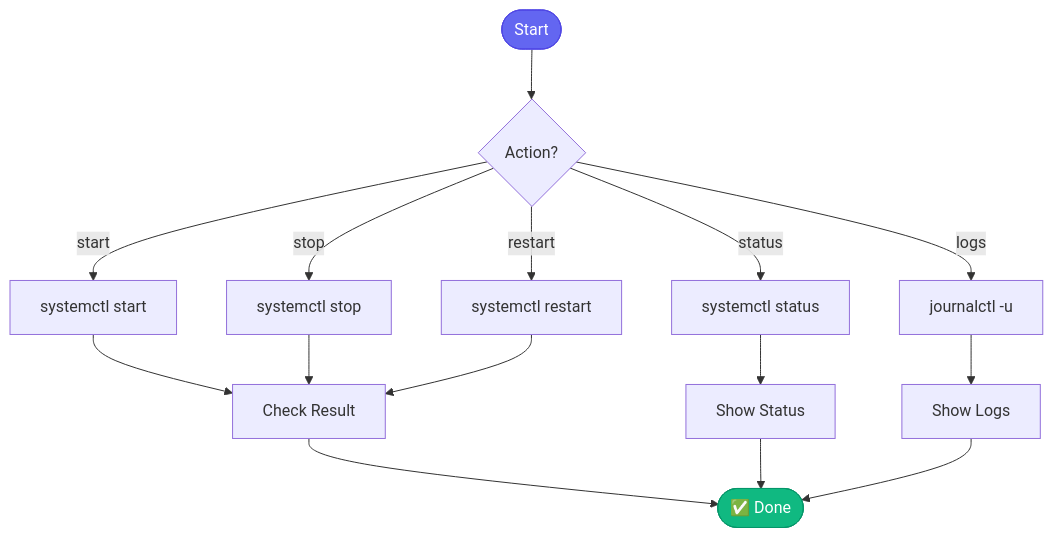
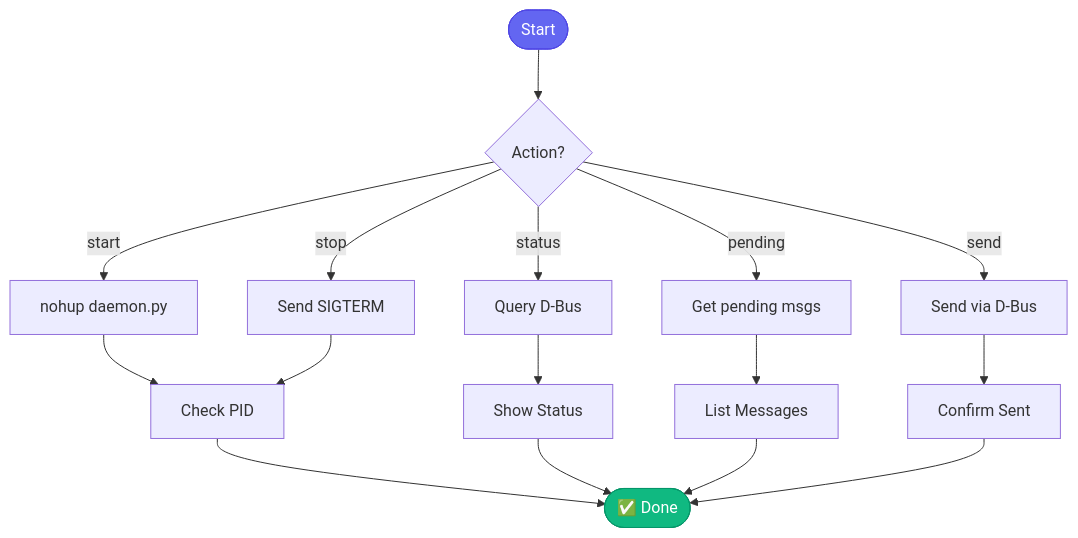
The diagram in docs/skills/slack_daemon_control.md (dmzoneill/redhat-ai-workflow), drawn with Mermaid before and after one commit. The commit also changed other lines of this file and 35 other files, not shown here.

First line of the commit message:
fix(slack-bot): Fix alert detection, investigation, and response flow

````diff
--- a/docs/skills/slack_daemon_control.md
+++ b/docs/skills/slack_daemon_control.md
@@ -34,23 +45,24 @@
 ```mermaid
 flowchart TD
     START([Start]) --> ACTION{Action?}
 
-    ACTION -->|start| START_SVC[systemctl start]
-    ACTION -->|stop| STOP_SVC[systemctl stop]
-    ACTION -->|restart| RESTART_SVC[systemctl restart]
-    ACTION -->|status| STATUS_SVC[systemctl status]
-    ACTION -->|logs| LOGS_SVC[journalctl -u]
+    ACTION -->|start| START_SVC[nohup daemon.py]
+    ACTION -->|stop| STOP_SVC[Send SIGTERM]
+    ACTION -->|status| STATUS_SVC[Query D-Bus]
+    ACTION -->|pending| PENDING[Get pending msgs]
+    ACTION -->|send| SEND_MSG[Send via D-Bus]
 
-    START_SVC --> CHECK[Check Result]
+    START_SVC --> CHECK[Check PID]
     STOP_SVC --> CHECK
-    RESTART_SVC --> CHECK
     STATUS_SVC --> SHOW[Show Status]
-    LOGS_SVC --> SHOW_LOGS[Show Logs]
+    PENDING --> SHOW_PENDING[List Messages]
+    SEND_MSG --> CONFIRM[Confirm Sent]
 
     CHECK --> DONE([✅ Done])
     SHOW --> DONE
-    SHOW_LOGS --> DONE
+    SHOW_PENDING --> DONE
+    CONFIRM --> DONE
 
     style START fill:#6366f1,stroke:#4f46e5,color:#fff
     style DONE fill:#10b981,stroke:#059669,color:#fff
 ```
````
